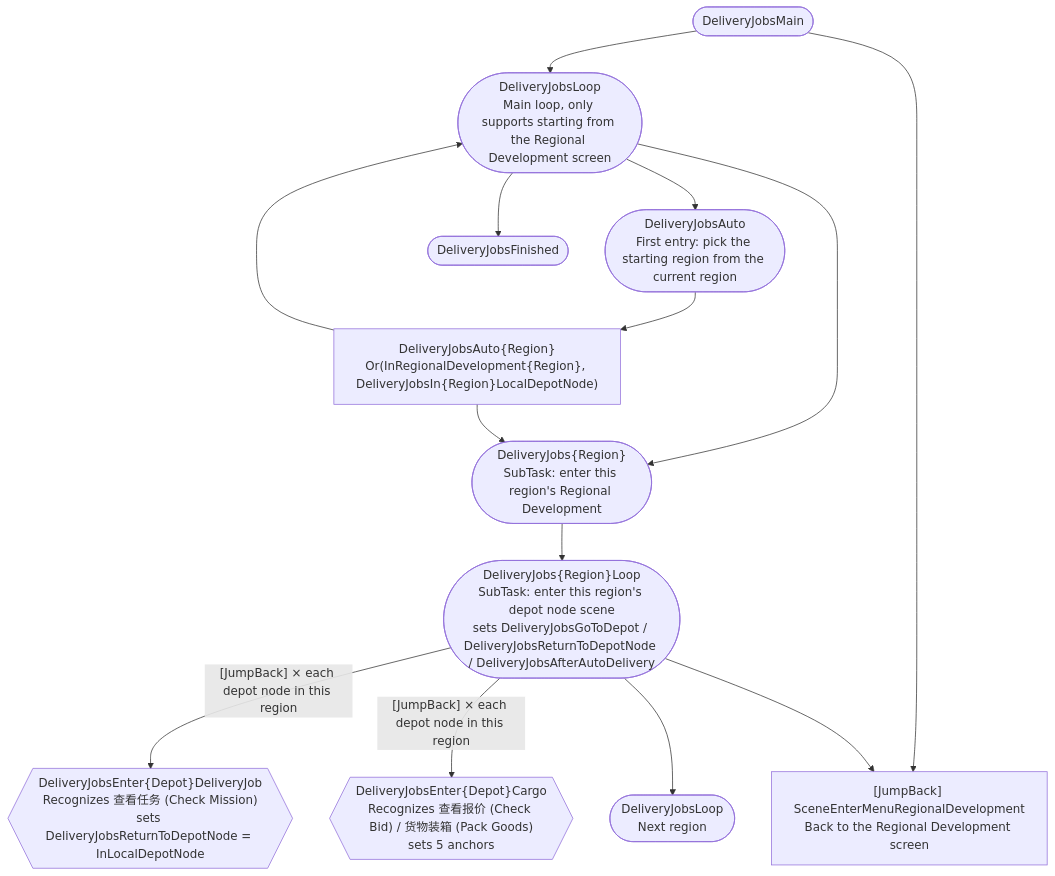
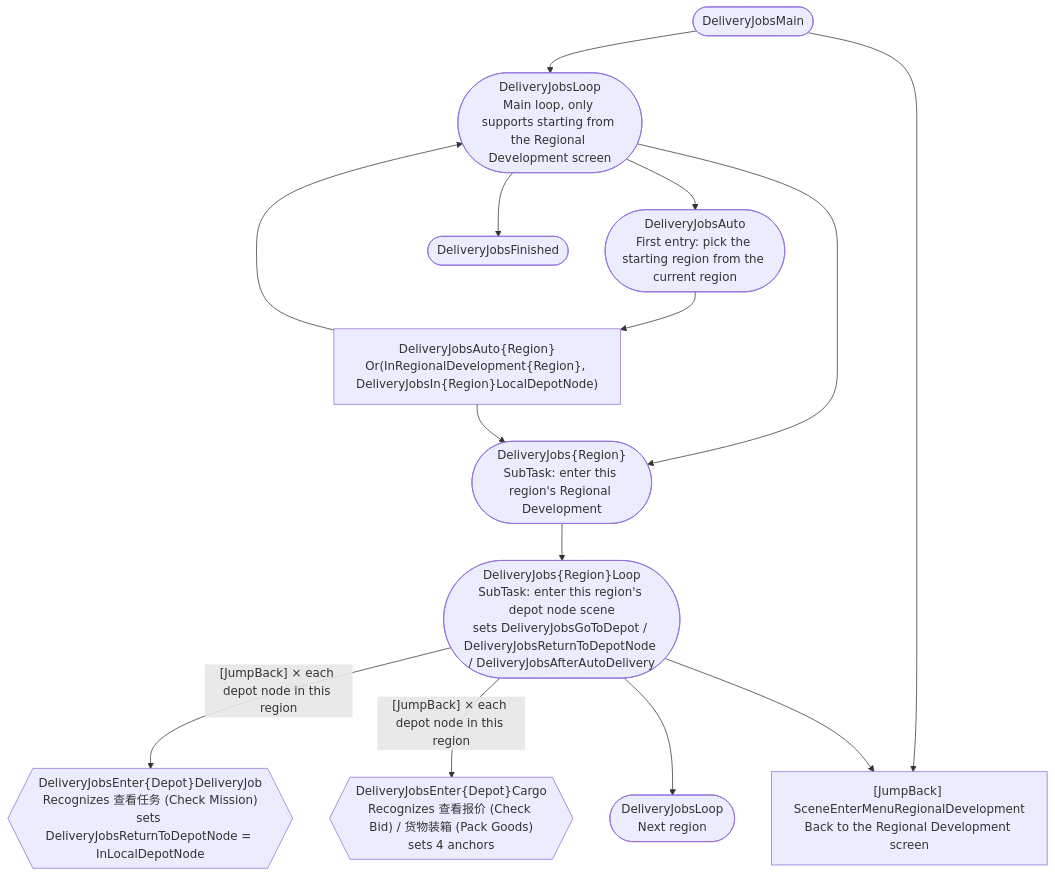
One commit to ENDFIELD-TERRA/MaaEnd changed the first of 6 diagrams in docs/en_us/developers/tasks/delivery-jobs-maintain.md. Above: the diagram before and after it, drawn with Mermaid. The commit also changed other lines of this file and 18 other files, not shown here.

First line of the commit message:
refactor(DeliveryJobs): 生成器抽出公共常量，报价默认阈值按地区取值 (#6768)

````diff
--- a/docs/en_us/developers/tasks/delivery-jobs-maintain.md
+++ b/docs/en_us/developers/tasks/delivery-jobs-maintain.md
@@ -26,16 +27,16 @@
 ```mermaid
 flowchart TD
     Main(["DeliveryJobsMain"]) --> Loop(["DeliveryJobsLoop\nMain loop, only supports starting from the Regional Development screen"])
     Main --> Menu["[JumpBack] SceneEnterMenuRegionalDevelopment\nBack to the Regional Development screen"]
     Loop --> Auto(["DeliveryJobsAuto\nFirst entry: pick the starting region from the current region"])
     Loop --> RTask(["DeliveryJobs{Region}\nSubTask: enter this region's Regional Development"])
     Loop --> Fin(["DeliveryJobsFinished"])
     Auto --> RAuto["DeliveryJobsAuto{Region}\nOr(InRegionalDevelopment{Region}, DeliveryJobsIn{Region}LocalDepotNode)"]
     RAuto --> RTask
     RAuto --> Loop
     RTask --> RLoop(["DeliveryJobs{Region}Loop\nSubTask: enter this region's depot node scene\nsets DeliveryJobsGoToDepot / DeliveryJobsReturnToDepotNode / DeliveryJobsAfterAutoDelivery"])
     RLoop -->|"[JumpBack] × each depot node in this region"| EJob{{"DeliveryJobsEnter{Depot}DeliveryJob\nRecognizes 查看任务 (Check Mission)\nsets DeliveryJobsReturnToDepotNode = InLocalDepotNode"}}
-    RLoop -->|"[JumpBack] × each depot node in this region"| ECargo{{"DeliveryJobsEnter{Depot}Cargo\nRecognizes 查看报价 (Check Bid) / 货物装箱 (Pack Goods)\nsets 5 anchors"}}
+    RLoop -->|"[JumpBack] × each depot node in this region"| ECargo{{"DeliveryJobsEnter{Depot}Cargo\nRecognizes 查看报价 (Check Bid) / 货物装箱 (Pack Goods)\nsets 4 anchors"}}
     RLoop --> Next(["DeliveryJobsLoop\nNext region"])
     RLoop --> Menu
 ```
````
